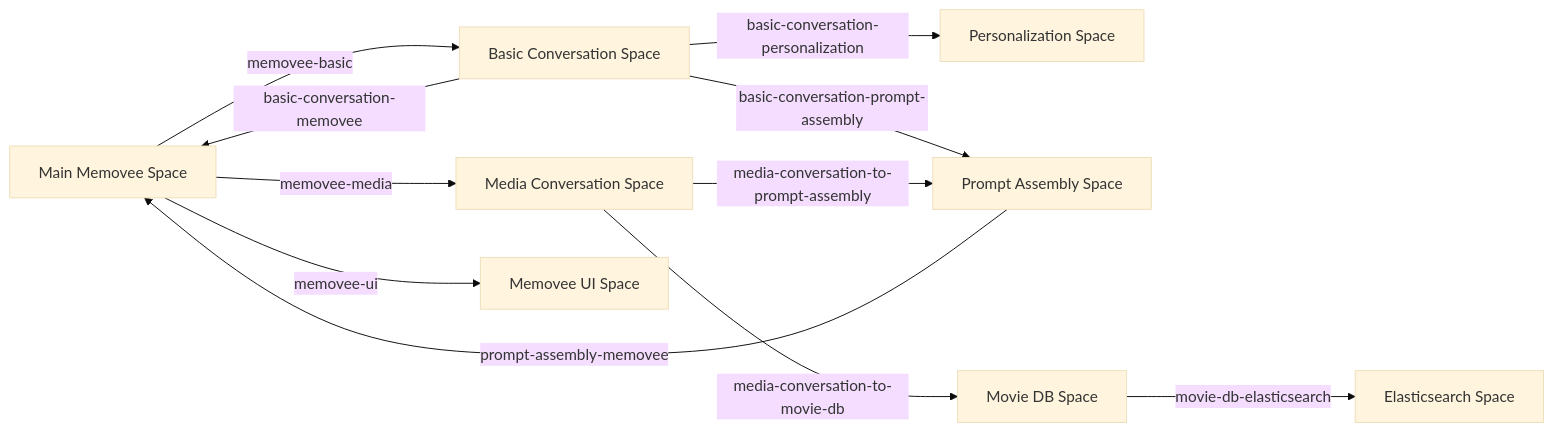
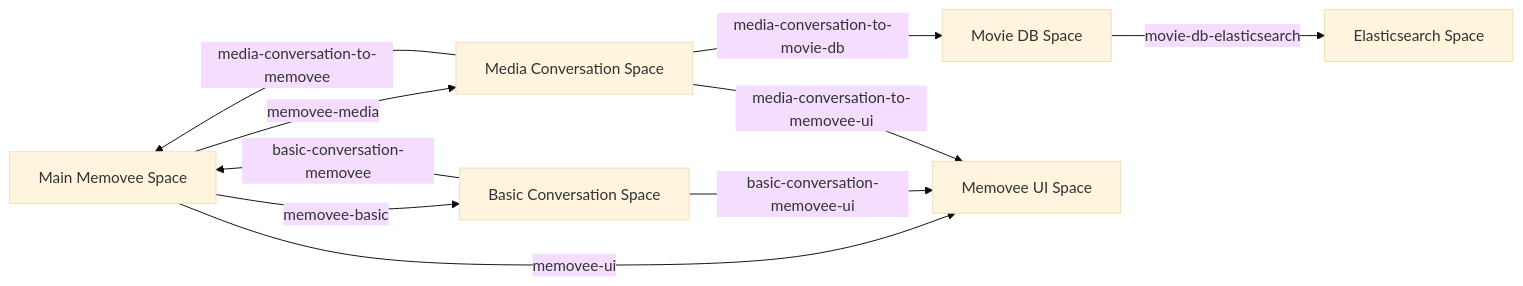
The diagram in README.md (upmaru/memovee-tama), drawn with Mermaid (base theme) before and after one commit.

````diff
--- a/README.md
+++ b/README.md
@@ -75,29 +75,24 @@
 ```mermaid
 graph LR
     A[Main Memovee Space]
     B[Basic Conversation Space]
     C[Media Conversation Space]
-    D[Personalization Space]
-    E[Prompt Assembly Space]
     F[Movie DB Space]
     G[Elasticsearch Space]
     H[Memovee UI Space]
     A -- "memovee-basic" --> B
     A -- "memovee-media" --> C
     A -- "memovee-ui" --> H
-    B -- "basic-conversation-personalization" --> D
-    B -- "basic-conversation-prompt-assembly" --> E
+    B -- "basic-conversation-memovee-ui" --> H
     B -- "basic-conversation-memovee" --> A
     C -- "media-conversation-to-movie-db" --> F
-    C -- "media-conversation-to-prompt-assembly" --> E
-    E -- "prompt-assembly-memovee" --> A
+    C -- "media-conversation-to-memovee-ui" --> H
+    C -- "media-conversation-to-memovee" --> A
     F -- "movie-db-elasticsearch" --> G
     style A fill:#bbdefb stroke:#333
     style B fill:#c8e6c9 stroke:#333
     style C fill:#ffe0b2 stroke:#333
-    style D fill:#f8b6c0 stroke:#333
-    style E fill:#e1bee7 stroke:#333
     style F fill:#d7ccc8 stroke:#333
     style G fill:#fff9c4 stroke:#333
     style H fill:#cfd8dc stroke:#333
 ```
````
